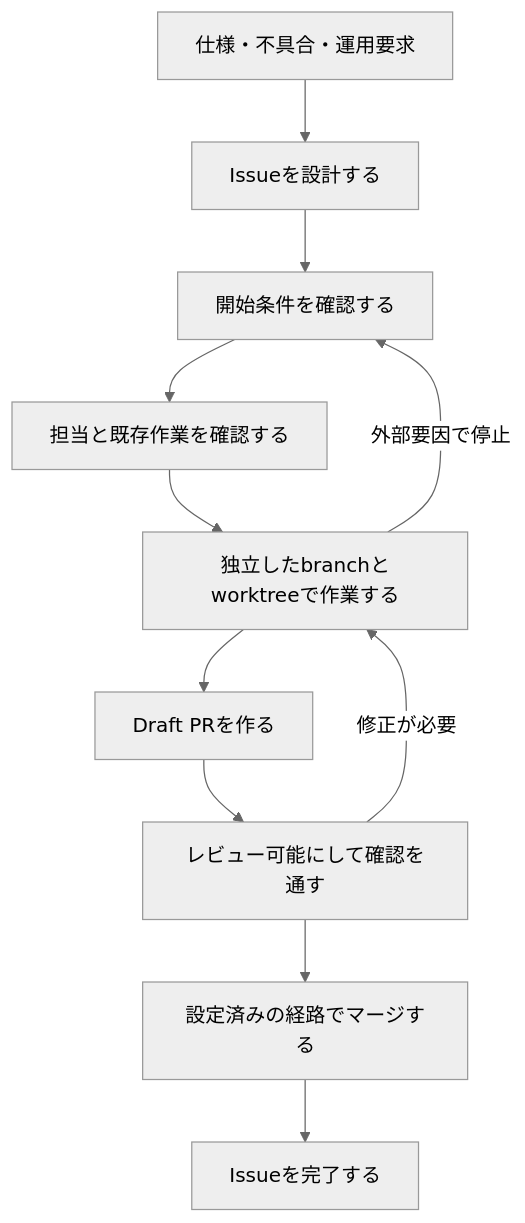
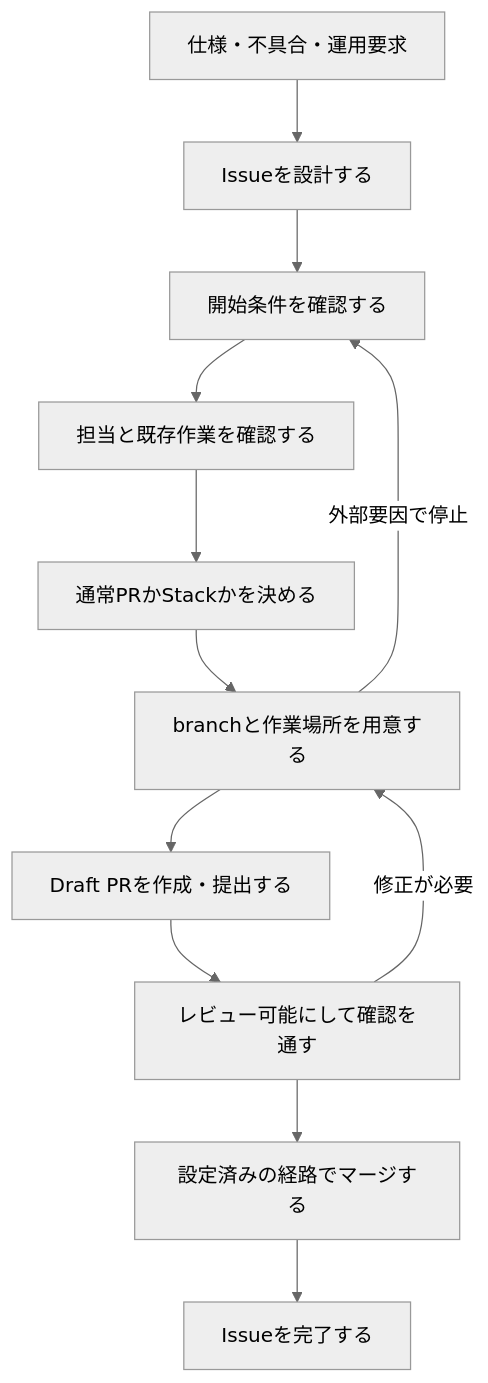
Before and after one commit to ReoHakase/skills: the diagram in github-issue-pr-ops/SKILL.md, drawn with Mermaid (neutral theme). The commit also changed other lines of this file and 14 other files, not shown here.

````diff
--- a/github-issue-pr-ops/SKILL.md
+++ b/github-issue-pr-ops/SKILL.md
@@ -83,23 +90,25 @@
 ```mermaid
 flowchart TD
     source["仕様・不具合・運用要求"]
     issuePlan["Issueを設計する"]
     readiness["開始条件を確認する"]
     assignment["担当と既存作業を確認する"]
-    implementation["独立したbranchとworktreeで作業する"]
-    draftPr["Draft PRを作る"]
+    structure["通常PRかStackかを決める"]
+    implementation["branchと作業場所を用意する"]
+    draftPr["Draft PRを作成・提出する"]
     review["レビュー可能にして確認を通す"]
     merge["設定済みの経路でマージする"]
     complete["Issueを完了する"]
 
     source --> issuePlan
     issuePlan --> readiness
     readiness --> assignment
-    assignment --> implementation
+    assignment --> structure
+    structure --> implementation
     implementation --> draftPr
     draftPr --> review
     review --> merge
     merge --> complete
     review -->|"修正が必要"| implementation
     implementation -->|"外部要因で停止"| readiness
 ```
````
